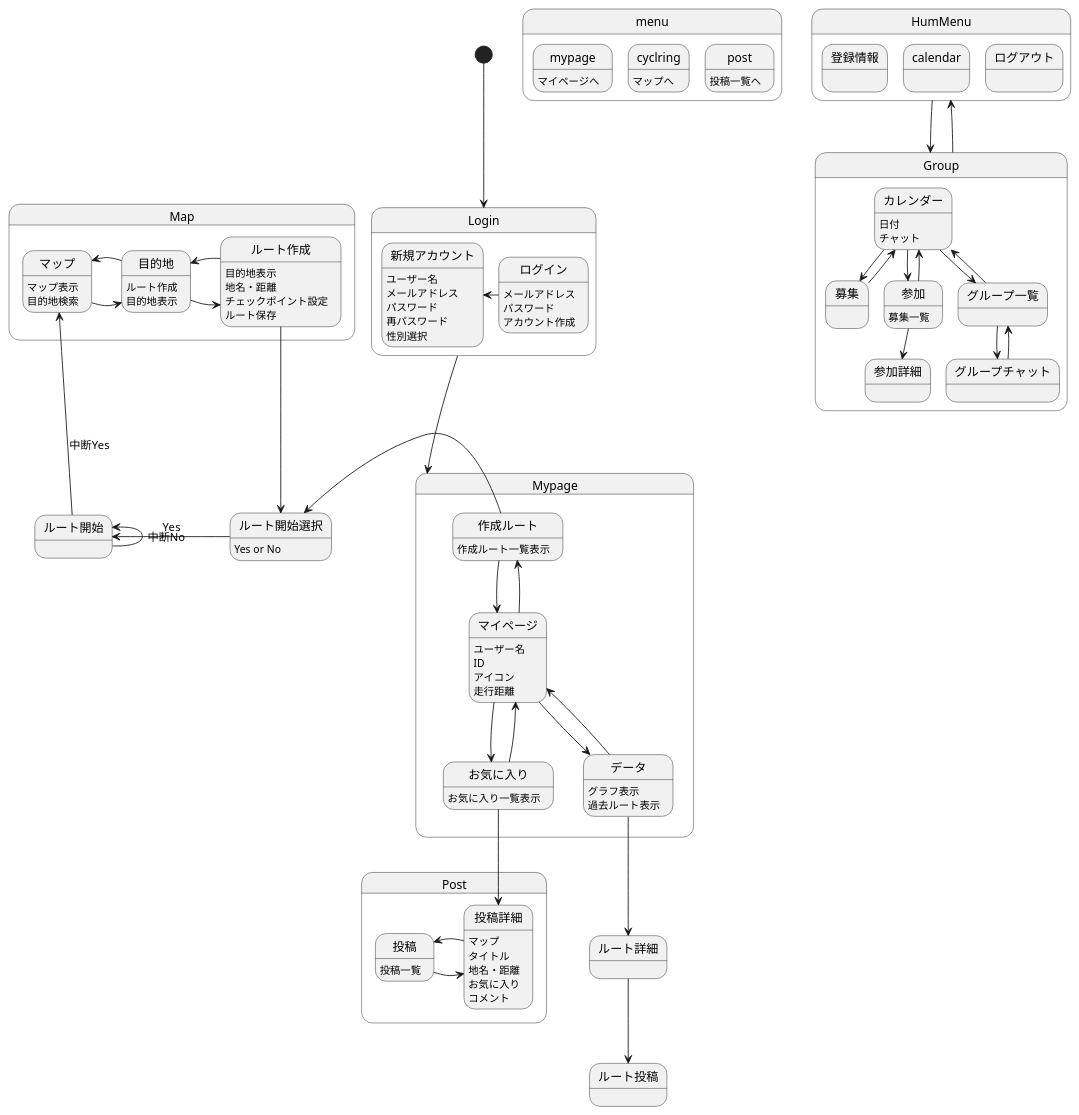
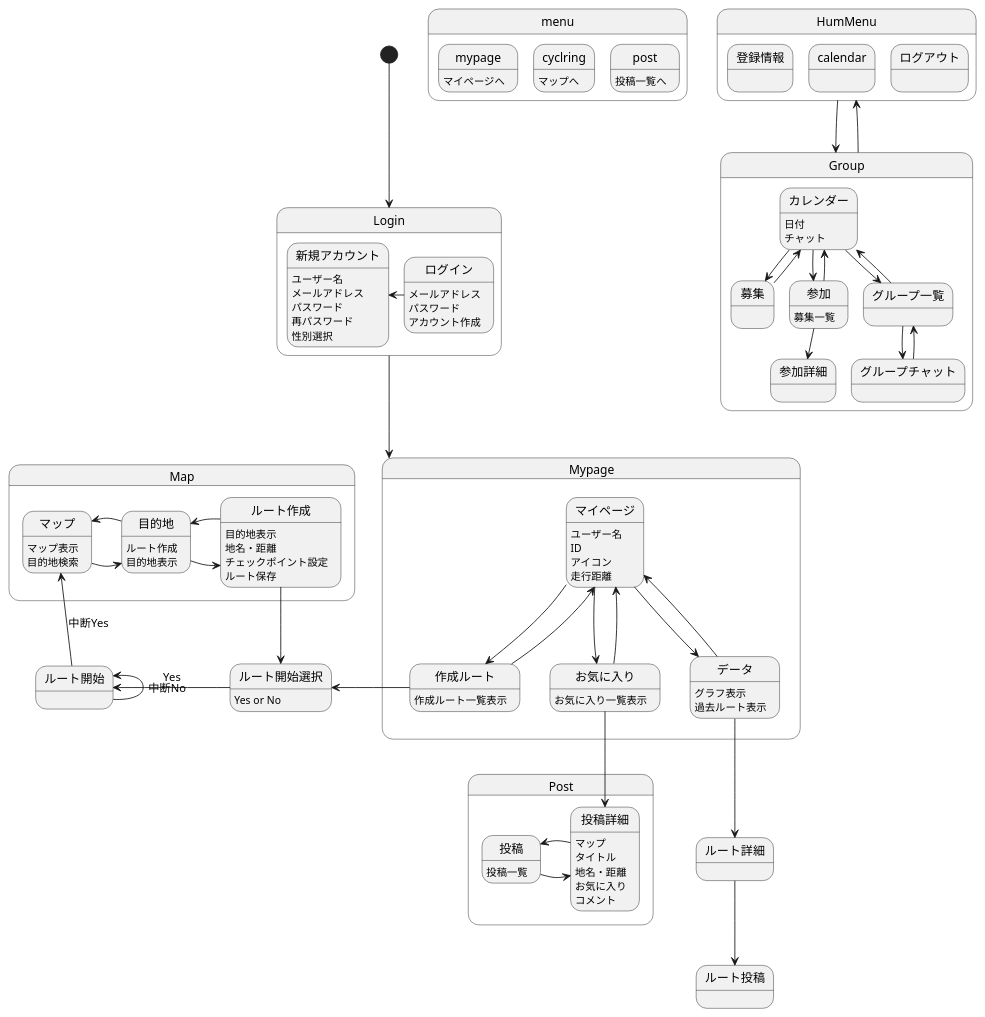
Before and after one commit to AsoSD3A3/CyclingSystem: the diagram in 画面遷移図/gm.md, drawn with PlantUML.

```diff
--- a/画面遷移図/gm.md
+++ b/画面遷移図/gm.md
@@ -57,7 +57,7 @@
 マイページ-down->お気に入り
 お気に入り-->マイページ
 マイページ-down->作成ルート
-作成ルート-->マイページ
+作成ルート-up->マイページ
 マイページ-down->データ
 データ-->マイページ
 お気に入り:お気に入り一覧表示
```
